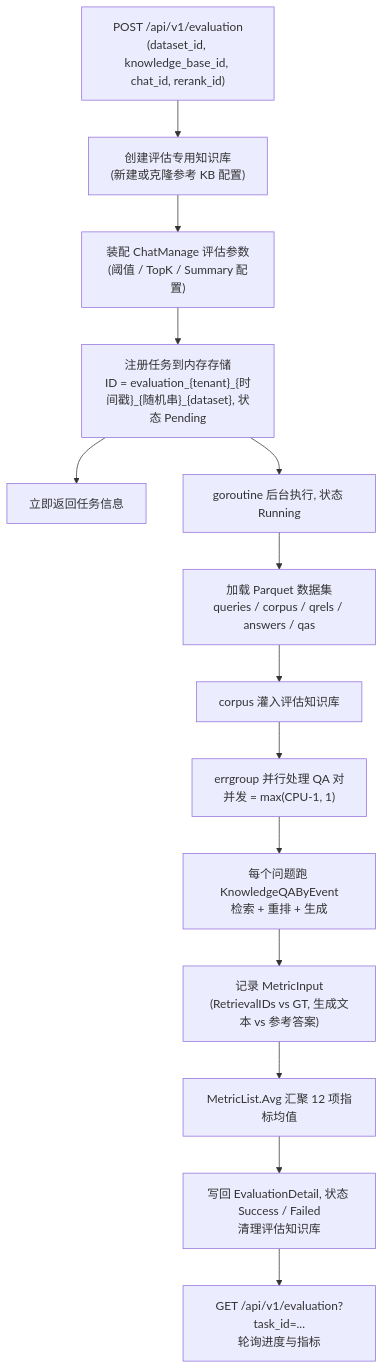
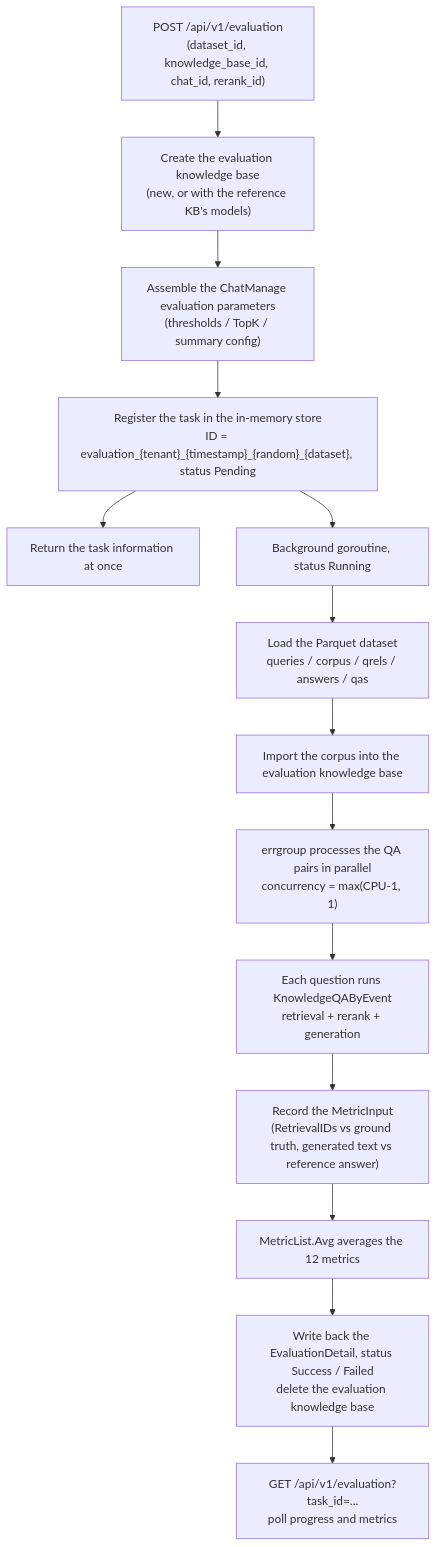
The diagram in website-docs/03-features/15-evaluation.md (jrmatherly/ai-kb), drawn with Mermaid before and after one commit. The commit also changed other lines of this file and 6 other files, not shown here.

First line of the commit message:
docs(features): translate batch 4 (knowledge graph, evaluation, chat experience, file access, skills sandbox)

````diff
--- a/website-docs/03-features/15-evaluation.md
+++ b/website-docs/03-features/15-evaluation.md
@@ -258,16 +262,16 @@
 ```mermaid
 flowchart TD
-    A["POST /api/v1/evaluation<br/>(dataset_id, knowledge_base_id, chat_id, rerank_id)"] --> B["创建评估专用知识库<br/>(新建或克隆参考 KB 配置)"]
-    B --> C["装配 ChatManage 评估参数<br/>(阈值 / TopK / Summary 配置)"]
-    C --> D["注册任务到内存存储<br/>ID = evaluation_{tenant}_{时间戳}_{随机串}_{dataset}, 状态 Pending"]
-    D --> E["立即返回任务信息"]
-    D --> F["goroutine 后台执行, 状态 Running"]
-    F --> G["加载 Parquet 数据集<br/>queries / corpus / qrels / answers / qas"]
-    G --> H["corpus 灌入评估知识库"]
-    H --> I["errgroup 并行处理 QA 对<br/>并发 = max(CPU-1, 1)"]
-    I --> J["每个问题跑 KnowledgeQAByEvent<br/>检索 + 重排 + 生成"]
-    J --> K["记录 MetricInput<br/>(RetrievalIDs vs GT, 生成文本 vs 参考答案)"]
-    K --> L["MetricList.Avg 汇聚 12 项指标均值"]
-    L --> M["写回 EvaluationDetail, 状态 Success / Failed<br/>清理评估知识库"]
-    M --> N["GET /api/v1/evaluation?task_id=...<br/>轮询进度与指标"]
+    A["POST /api/v1/evaluation<br/>(dataset_id, knowledge_base_id, chat_id, rerank_id)"] --> B["Create the evaluation knowledge base<br/>(new, or with the reference KB's models)"]
+    B --> C["Assemble the ChatManage evaluation parameters<br/>(thresholds / TopK / summary config)"]
+    C --> D["Register the task in the in-memory store<br/>ID = evaluation_{tenant}_{timestamp}_{random}_{dataset}, status Pending"]
+    D --> E["Return the task information at once"]
+    D --> F["Background goroutine, status Running"]
+    F --> G["Load the Parquet dataset<br/>queries / corpus / qrels / answers / qas"]
+    G --> H["Import the corpus into the evaluation knowledge base"]
+    H --> I["errgroup processes the QA pairs in parallel<br/>concurrency = max(CPU-1, 1)"]
+    I --> J["Each question runs KnowledgeQAByEvent<br/>retrieval + rerank + generation"]
+    J --> K["Record the MetricInput<br/>(RetrievalIDs vs ground truth, generated text vs reference answer)"]
+    K --> L["MetricList.Avg averages the 12 metrics"]
+    L --> M["Write back the EvaluationDetail, status Success / Failed<br/>delete the evaluation knowledge base"]
+    M --> N["GET /api/v1/evaluation?task_id=...<br/>poll progress and metrics"]
 ```
````
